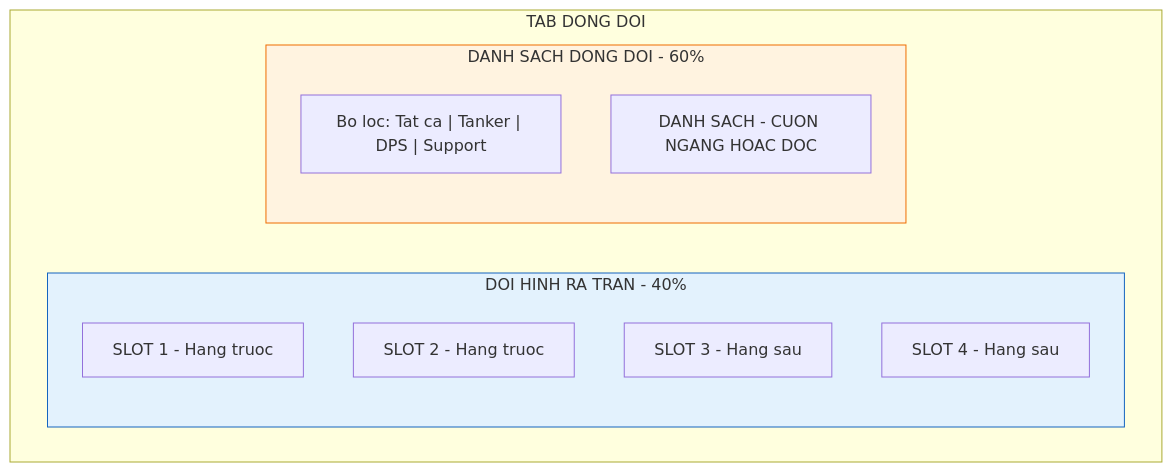
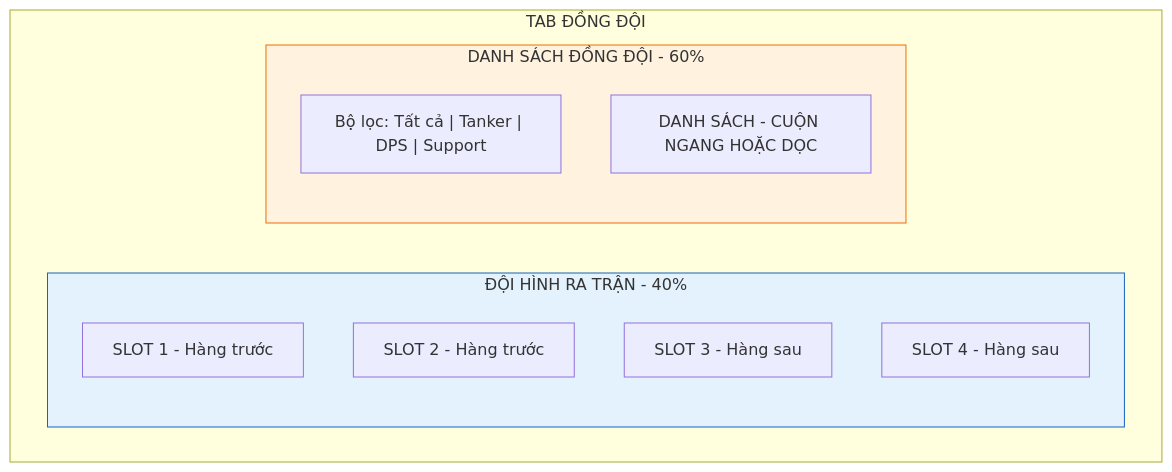
Before and after one commit to luantran-working/idlegame-designdocs: the third of 3 diagrams in docs/chi-tiet-man-hinh-dieu-khien.md, drawn with Mermaid. The commit also changed other lines of this file and 16 other files, not shown here.

Commit message:
feat: Introduce extensive game design documentation covering game systems, UI, and roadmap, and enable Mermaid diagram support in Docusaurus.

````diff
--- a/docs/chi-tiet-man-hinh-dieu-khien.md
+++ b/docs/chi-tiet-man-hinh-dieu-khien.md
@@ -185,19 +185,19 @@
 ```mermaid
 flowchart TB
-    subgraph TeammateTab["TAB DONG DOI"]
-        subgraph Formation["DOI HINH RA TRAN - 40%"]
-            Slot1["SLOT 1 - Hang truoc"]
-            Slot2["SLOT 2 - Hang truoc"]
-            Slot3["SLOT 3 - Hang sau"]
-            Slot4["SLOT 4 - Hang sau"]
+    subgraph TeammateTab["TAB ĐỒNG ĐỘI"]
+        subgraph Formation["ĐỘI HÌNH RA TRẬN - 40%"]
+            Slot1["SLOT 1 - Hàng trước"]
+            Slot2["SLOT 2 - Hàng trước"]
+            Slot3["SLOT 3 - Hàng sau"]
+            Slot4["SLOT 4 - Hàng sau"]
         end
 
-        subgraph Roster["DANH SACH DONG DOI - 60%"]
-            Filter["Bo loc: Tat ca | Tanker | DPS | Support"]
-            List["DANH SACH - CUON NGANG HOAC DOC"]
+        subgraph Roster["DANH SÁCH ĐỒNG ĐỘI - 60%"]
+            Filter["Bộ lọc: Tất cả | Tanker | DPS | Support"]
+            List["DANH SÁCH - CUỘN NGANG HOẶC DỌC"]
         end
     end
 
     style Formation fill:#e3f2fd,stroke:#1565c0
     style Roster fill:#fff3e0,stroke:#ef6c00
 ```
````
